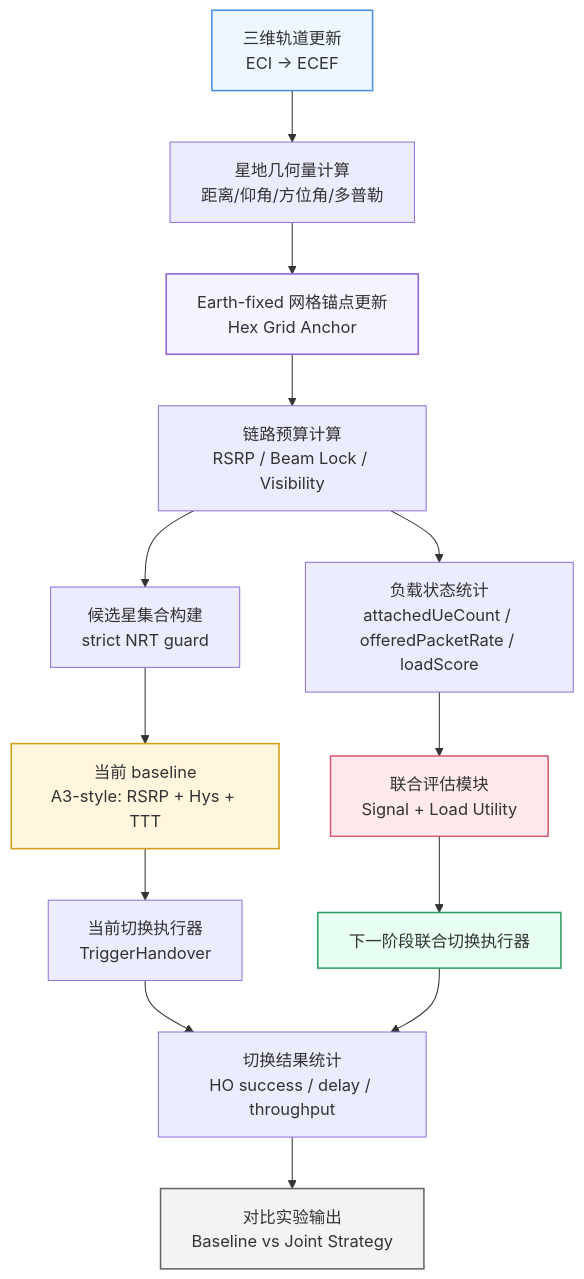
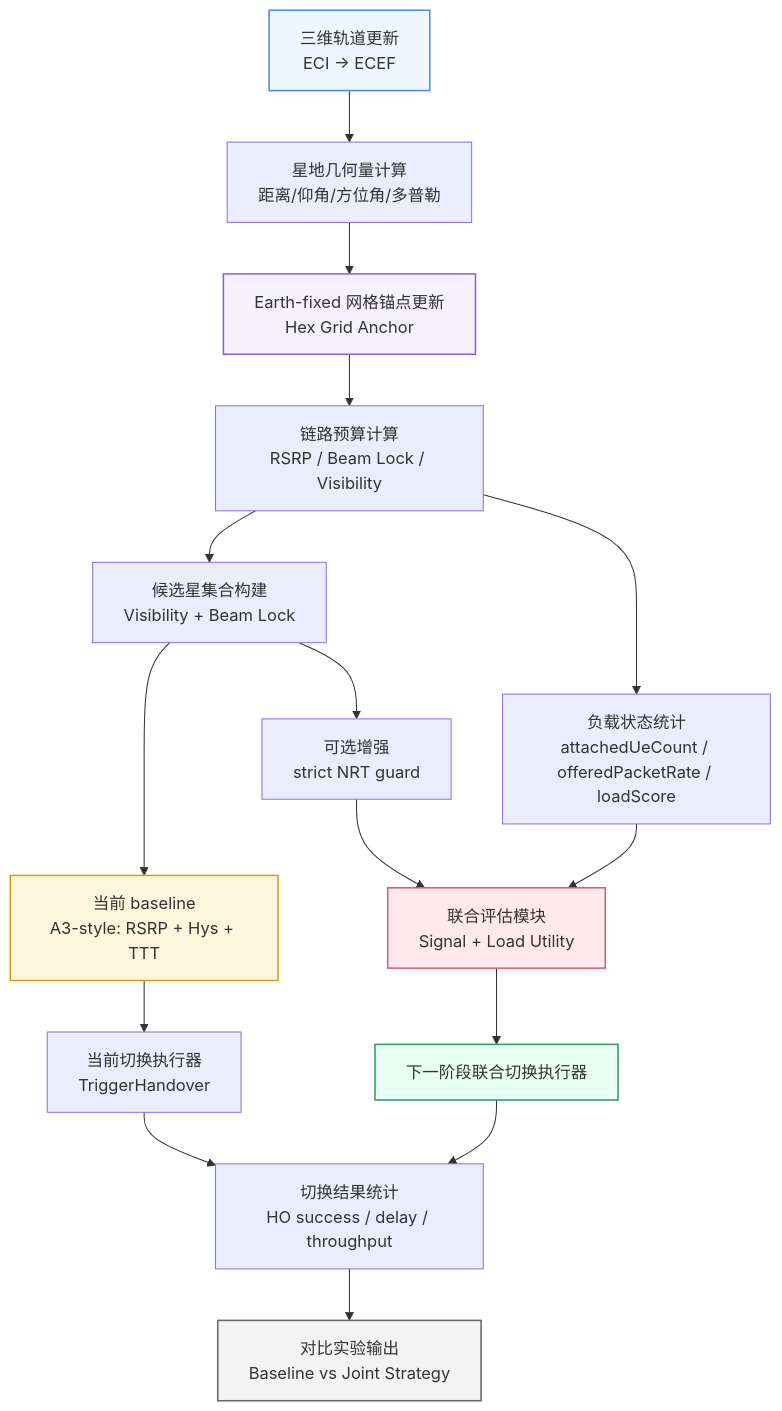
The second of 2 diagrams in scratch/midterm-report/midterm-handover-flowcharts.md (wwwwwzq0068/ns3-5glena--), drawn with Mermaid before and after one commit. The commit also changed other lines of this file and 9 other files, not shown here.

````diff
--- a/scratch/midterm-report/midterm-handover-flowcharts.md
+++ b/scratch/midterm-report/midterm-handover-flowcharts.md
@@ -94,27 +94,29 @@
 ```mermaid
 flowchart TD
     A[三维轨道更新<br/>ECI -> ECEF] --> B[星地几何量计算<br/>距离/仰角/方位角/多普勒]
     B --> C[Earth-fixed 网格锚点更新<br/>Hex Grid Anchor]
     C --> D[链路预算计算<br/>RSRP / Beam Lock / Visibility]
 
-    D --> E[候选星集合构建<br/>strict NRT guard]
+    D --> E[候选星集合构建<br/>Visibility + Beam Lock]
     E --> F[当前 baseline<br/>A3-style: RSRP + Hys + TTT]
+    E --> H0[可选增强<br/>strict NRT guard]
 
     D --> G[负载状态统计<br/>attachedUeCount / offeredPacketRate / loadScore]
+    H0 --> H
     G --> H[联合评估模块<br/>Signal + Load Utility]
 
     F --> I[当前切换执行器<br/>TriggerHandover]
     H --> J[下一阶段联合切换执行器]
 
     I --> K[切换结果统计<br/>HO success / delay / throughput]
     J --> K
 
     K --> L[对比实验输出<br/>Baseline vs Joint Strategy]
 
     style A fill:#eef6ff,stroke:#4a90e2,stroke-width:1.5px
     style C fill:#f6f2ff,stroke:#8e63d2,stroke-width:1.5px
     style F fill:#fff6dd,stroke:#d4a017,stroke-width:1.5px
     style H fill:#ffe9ec,stroke:#d95c75,stroke-width:1.5px
     style J fill:#e8fff3,stroke:#2c9f62,stroke-width:1.5px
     style L fill:#f3f3f3,stroke:#666,stroke-width:1.5px
 ```
````
